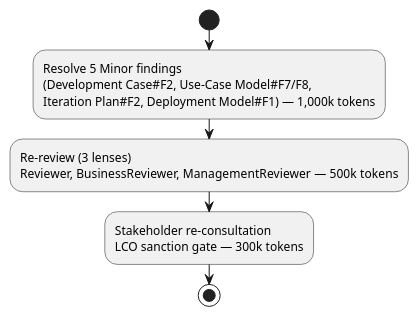
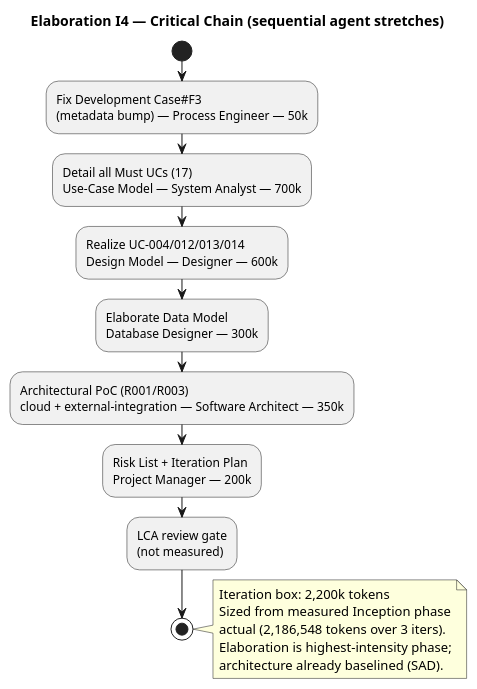
The second of 2 diagrams in docs/artifacts/project-management/iteration-plan.md (banense-test/trademe), drawn with PlantUML before and after one commit. The commit also changed other lines of this file, not shown here.

First line of the commit message:
Project Manager [E1]: upsert Iteration Plan

````diff
--- a/docs/artifacts/project-management/iteration-plan.md
+++ b/docs/artifacts/project-management/iteration-plan.md
@@ -52,9 +56,23 @@
 ```plantuml
 @startuml
+title Elaboration I4 — Critical Chain (sequential agent stretches)
+
 start
-:Resolve 5 Minor findings\n(Development Case#F2, Use-Case Model#F7/F8,\nIteration Plan#F2, Deployment Model#F1) — 1,000k tokens;
-:Re-review (3 lenses)\nReviewer, BusinessReviewer, ManagementReviewer — 500k tokens;
-:Stakeholder re-consultation\nLCO sanction gate — 300k tokens;
+:Fix Development Case#F3\n(metadata bump) — Process Engineer — 50k;
+:Detail all Must UCs (17)\nUse-Case Model — System Analyst — 700k;
+:Realize UC-004/012/013/014\nDesign Model — Designer — 600k;
+:Elaborate Data Model\nDatabase Designer — 300k;
+:Architectural PoC (R001/R003)\ncloud + external-integration — Software Architect — 350k;
+:Risk List + Iteration Plan\nProject Manager — 200k;
+:LCA review gate\n(not measured);
 stop
+
+note right
+  Iteration box: 2,200k tokens
+  Sized from measured Inception phase
+  actual (2,186,548 tokens over 3 iters).
+  Elaboration is highest-intensity phase;
+  architecture already baselined (SAD).
+end note
 @enduml
 ```
````
